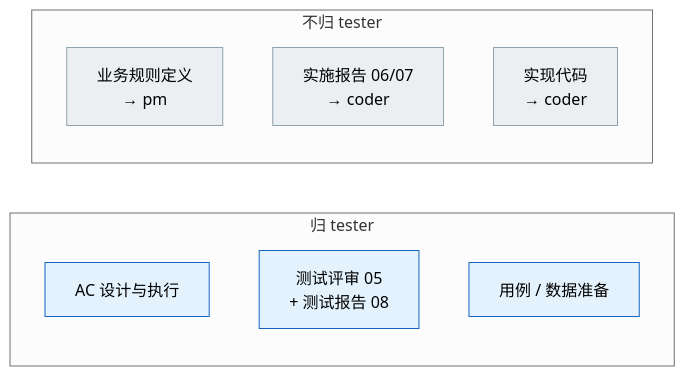
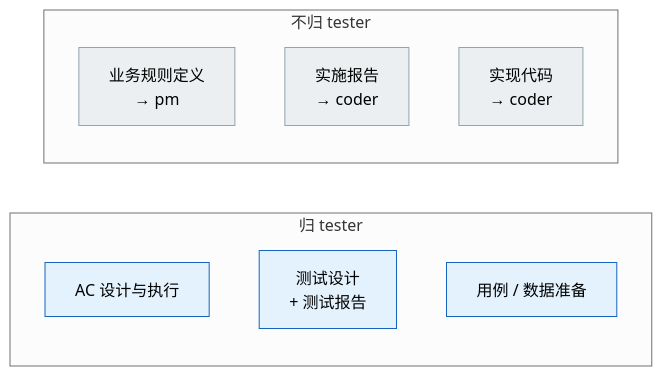
One commit to effiy/YrY changed the sixth of 7 diagrams in agents/tester.md. Above: the diagram before and after it, drawn with Mermaid (neutral theme). The commit also changed other lines of this file and 90 other files, not shown here.

````diff
--- a/agents/tester.md
+++ b/agents/tester.md
@@ -140,16 +140,16 @@
 ```mermaid
 flowchart LR
     subgraph in["归 tester"]
         I1["AC 设计与执行"]:::in
-        I2["测试评审 05<br/>+ 测试报告 08"]:::in
+        I2["测试设计<br/>+ 测试报告"]:::in
         I3["用例 / 数据准备"]:::in
     end
     subgraph out["不归 tester"]
         O1["业务规则定义<br/>→ pm"]:::out
-        O2["实施报告 06/07<br/>→ coder"]:::out
+        O2["实施报告<br/>→ coder"]:::out
         O3["实现代码<br/>→ coder"]:::out
     end
 
     classDef in fill:#e3f2fd,stroke:#1565c0;
     classDef out fill:#eceff1,stroke:#90a4ae;
 ```
````
